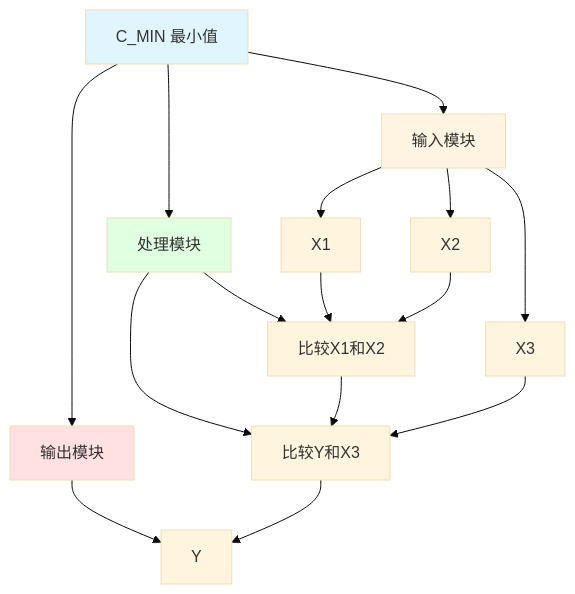
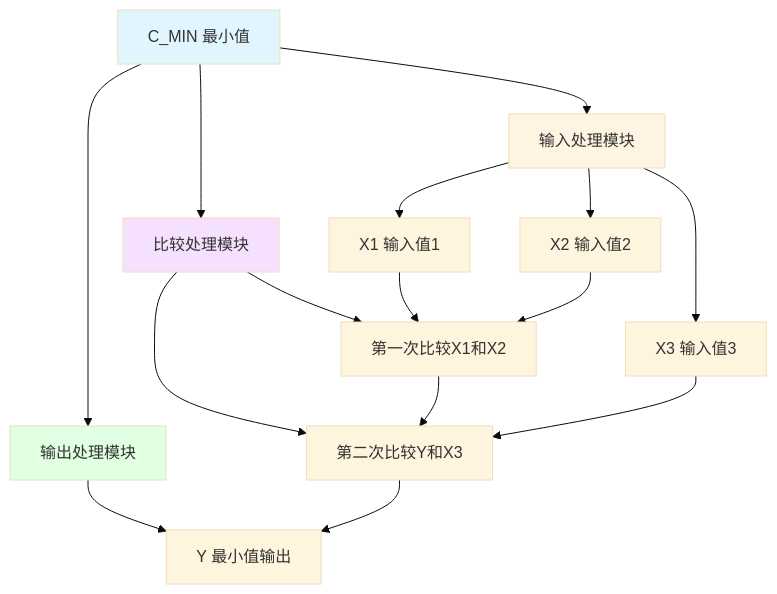
One commit to dlgt6/c changed the diagram in C_MIN_分析报告.md. Above: the diagram before and after it, drawn with Mermaid (base theme). The commit also changed other lines of this file and 25 other files, not shown here.

````diff
--- a/C_MIN_分析报告.md
+++ b/C_MIN_分析报告.md
@@ -19,26 +30,26 @@
 ```mermaid
 graph TD
-    A[C_MIN 最小值] --> B[输入模块]
-    A --> C[处理模块]
-    A --> D[输出模块]
+    A[C_MIN 最小值] --> B[输入处理模块]
+    A --> C[比较处理模块]
+    A --> D[输出处理模块]
     
-    B --> B1[X1]
-    B --> B2[X2]
-    B --> B3[X3]
+    B --> B1[X1 输入值1]
+    B --> B2[X2 输入值2]
+    B --> B3[X3 输入值3]
     
-    C --> C1[比较X1和X2]
-    C --> C2[比较Y和X3]
+    C --> C1[第一次比较X1和X2]
+    C --> C2[第二次比较Y和X3]
     
-    D --> D1[Y]
+    D --> D1[Y 最小值输出]
     
     B1 --> C1
     B2 --> C1
     C1 --> C2
     B3 --> C2
     C2 --> D1
     
     style A fill:#e1f5ff
     style B fill:#fff4e1
-    style C fill:#e1ffe1
-    style D fill:#ffe1e1
+    style C fill:#f5e1ff
+    style D fill:#e1ffe1
 ```
````
